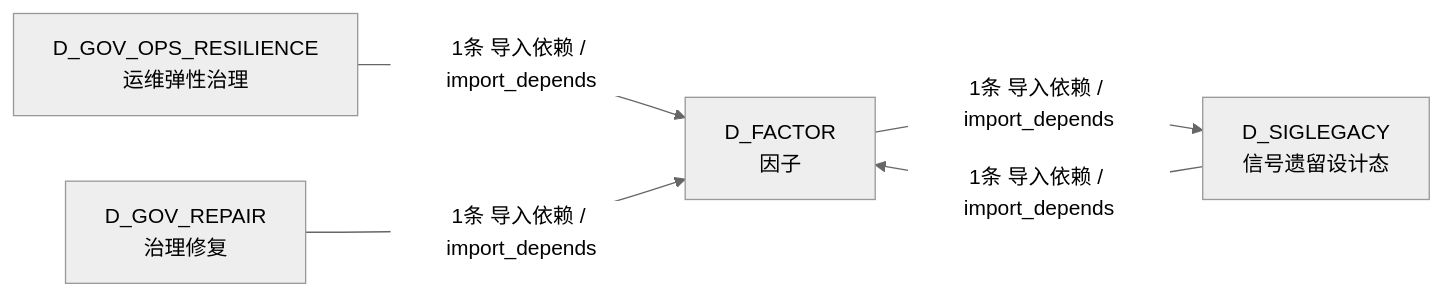
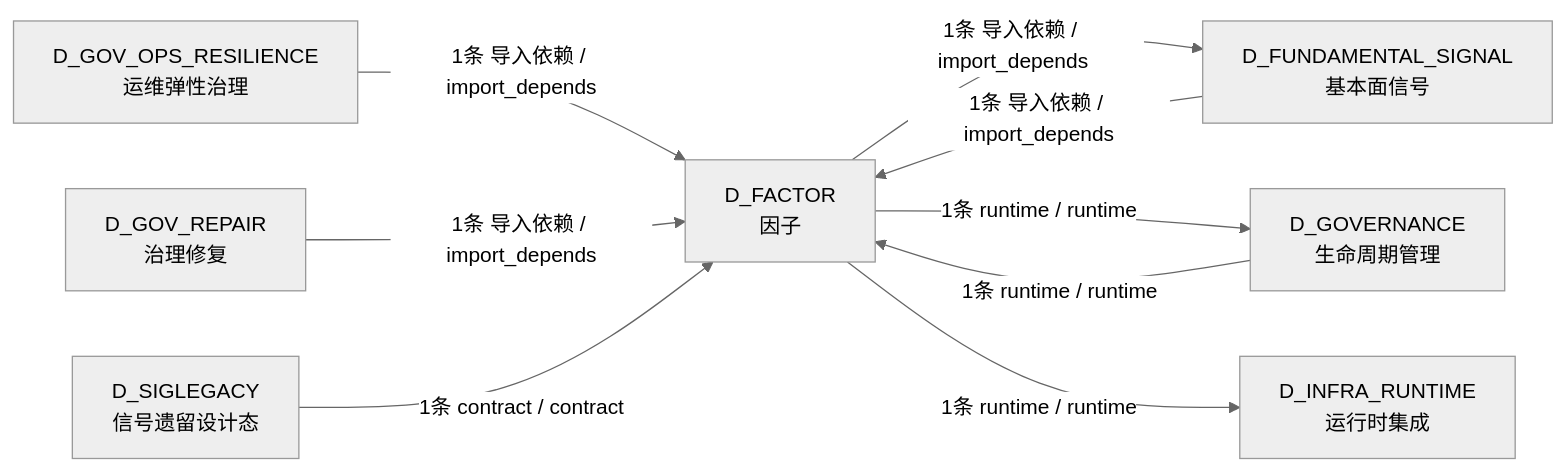
One commit to xuanFelixVan/ZephyrAlpha changed the fourth of 4 diagrams in docs/02_enterprise_architecture/02_domain_architecture_docs/36_d_factor.md. Above: the diagram before and after it, drawn with Mermaid (neutral theme). The commit also changed other lines of this file and 126 other files, not shown here.

````diff
--- a/docs/02_enterprise_architecture/02_domain_architecture_docs/36_d_factor.md
+++ b/docs/02_enterprise_architecture/02_domain_architecture_docs/36_d_factor.md
@@ -194,11 +215,18 @@
 ```mermaid
 graph LR
     D_FACTOR["D_FACTOR<br/>因子"]
-    D_SIGLEGACY["D_SIGLEGACY<br/>信号遗留设计态"]
+    D_FUNDAMENTAL_SIGNAL["D_FUNDAMENTAL_SIGNAL<br/>基本面信号"]
+    D_GOVERNANCE["D_GOVERNANCE<br/>生命周期管理"]
+    D_INFRA_RUNTIME["D_INFRA_RUNTIME<br/>运行时集成"]
     D_GOV_OPS_RESILIENCE["D_GOV_OPS_RESILIENCE<br/>运维弹性治理"]
     D_GOV_REPAIR["D_GOV_REPAIR<br/>治理修复"]
-    D_FACTOR -->|1条 导入依赖 / import_depends| D_SIGLEGACY
+    D_SIGLEGACY["D_SIGLEGACY<br/>信号遗留设计态"]
+    D_FACTOR -->|1条 导入依赖 / import_depends| D_FUNDAMENTAL_SIGNAL
+    D_FACTOR -->|1条 runtime / runtime| D_GOVERNANCE
+    D_FACTOR -->|1条 runtime / runtime| D_INFRA_RUNTIME
+    D_FUNDAMENTAL_SIGNAL -->|1条 导入依赖 / import_depends| D_FACTOR
+    D_GOVERNANCE -->|1条 runtime / runtime| D_FACTOR
     D_GOV_OPS_RESILIENCE -->|1条 导入依赖 / import_depends| D_FACTOR
     D_GOV_REPAIR -->|1条 导入依赖 / import_depends| D_FACTOR
-    D_SIGLEGACY -->|1条 导入依赖 / import_depends| D_FACTOR
+    D_SIGLEGACY -->|1条 contract / contract| D_FACTOR
 ```
````
